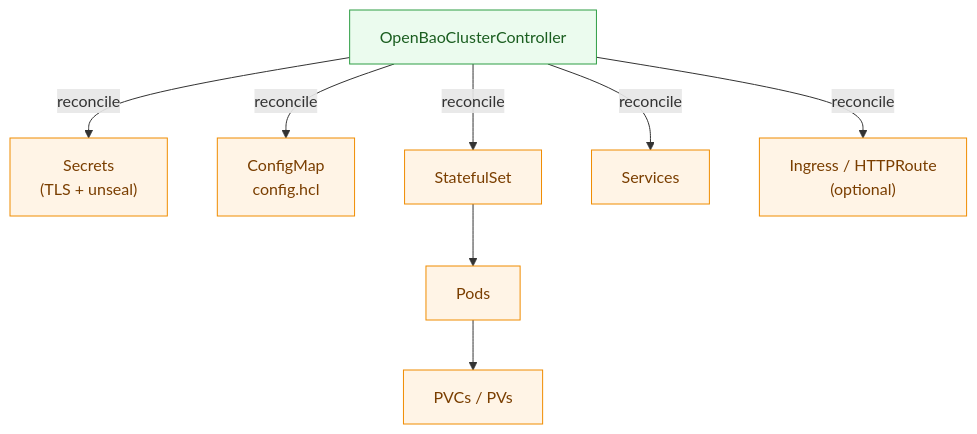
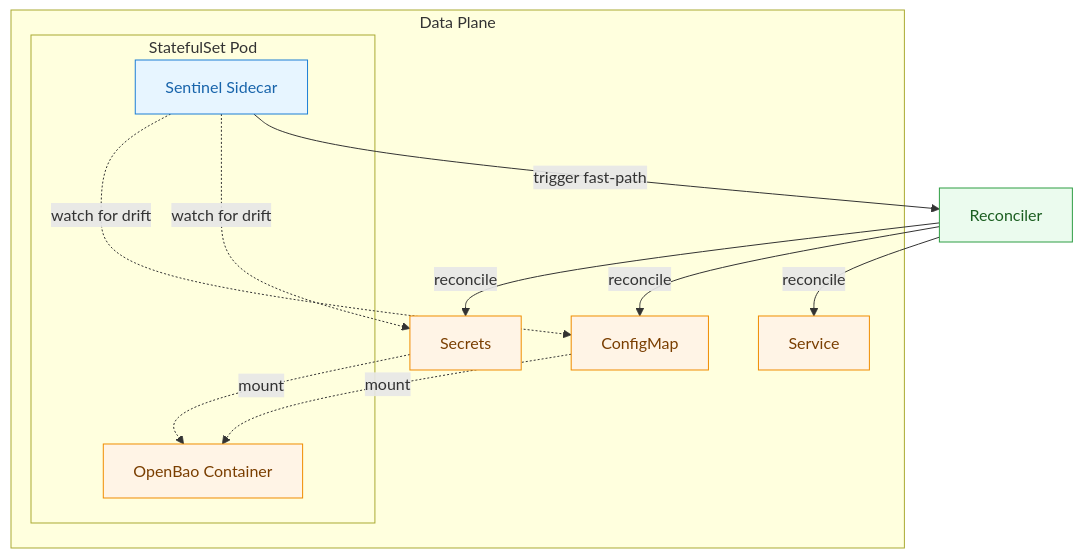
One commit to dc-tec/openbao-operator changed the second of 2 diagrams in README.md. Above: the diagram before and after it, drawn with Mermaid. The commit also changed other lines of this file and 1 other file, not shown here.

Commit message:
chore(misc): realign standards document

````diff
--- a/README.md
+++ b/README.md
@@ -43,25 +52,36 @@
 ```mermaid
 flowchart TB
-  %% Per OpenBaoCluster: what the operator manages in the cluster namespace.
-  clusterCtl["OpenBaoClusterController"]
-  secrets["Secrets<br/>(TLS + unseal)"]
-  config["ConfigMap<br/>config.hcl"]
-  sts["StatefulSet"]
-  pods["Pods"]
-  pvc["PVCs / PVs"]
-  svc["Services"]
-  edge["Ingress / HTTPRoute<br/>(optional)"]
+  %% Per OpenBaoCluster: showing the Sentinel interaction
+  clusterCtl["Reconciler"]
+  
+  subgraph "Data Plane"
+    secrets["Secrets"]
+    config["ConfigMap"]
+    
+    subgraph "StatefulSet Pod"
+      bao["OpenBao Container"]
+      sentinel["Sentinel Sidecar"]
+    end
+    
+    svc["Service"]
+  end
 
   clusterCtl -->|reconcile| secrets
   clusterCtl -->|reconcile| config
   clusterCtl -->|reconcile| svc
-  clusterCtl -->|reconcile| edge
-  clusterCtl -->|reconcile| sts
-
-  sts --> pods --> pvc
+  
+  config -.->|mount| bao
+  secrets -.->|mount| bao
+  
+  sentinel -.->|watch for drift| config
+  sentinel -.->|watch for drift| secrets
+  sentinel -->|trigger fast-path| clusterCtl
 
   classDef controller fill:#EBFBEE,stroke:#2F9E44,color:#1B5E20;
   classDef workload fill:#FFF4E6,stroke:#F08C00,color:#7A3E00;
+  classDef sidecar fill:#E7F5FF,stroke:#1C7ED6,color:#1864AB;
+  
   class clusterCtl controller;
-  class secrets,config,sts,pods,pvc,svc,edge workload;
+  class secrets,config,bao,svc workload;
+  class sentinel sidecar;
 ```
````
